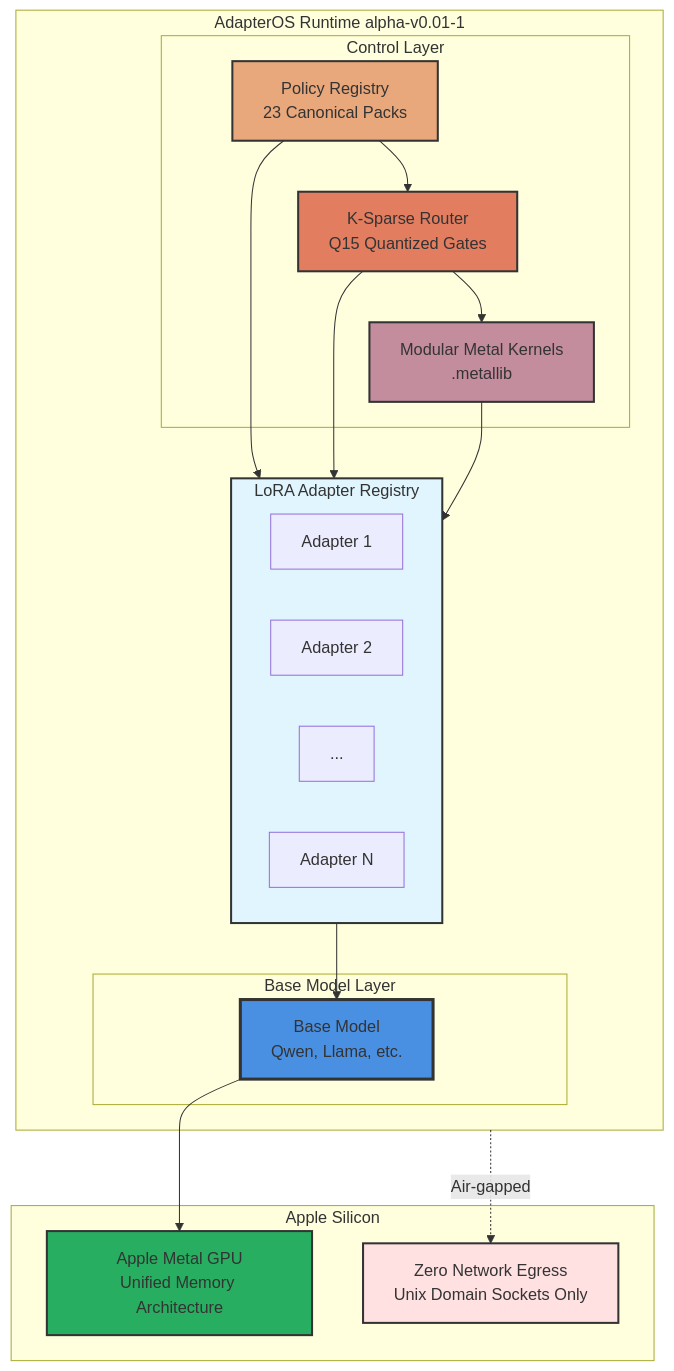
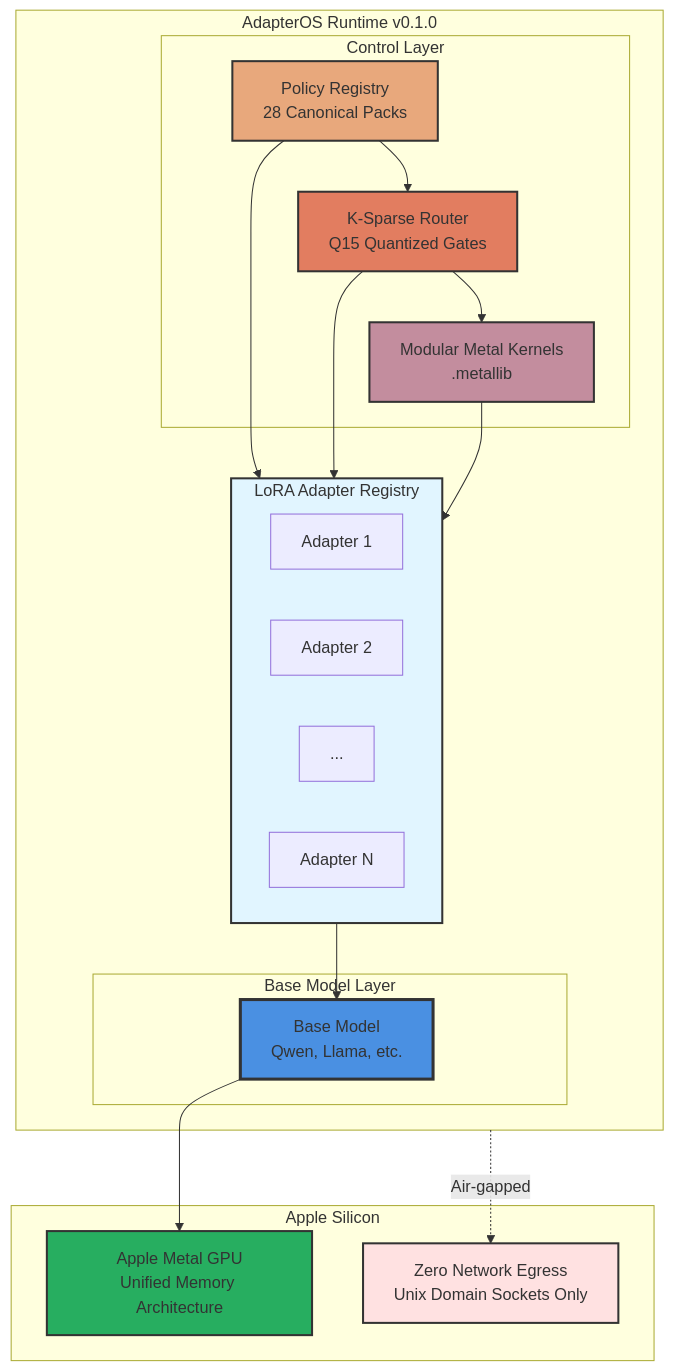
One commit to rogu3bear/adapter-os changed the diagram in README.md. Above: the diagram before and after it, drawn with Mermaid. The commit also changed other lines of this file, not shown here.

````diff
--- a/README.md
+++ b/README.md
@@ -28,46 +28,46 @@
 ```mermaid
 graph TB
-    subgraph Runtime[AdapterOS Runtime alpha-v0.01-1]
+    subgraph Runtime[AdapterOS Runtime v0.1.0]
         subgraph Control[Control Layer]
-            Policy[Policy Registry<br/>23 Canonical Packs]
+            Policy[Policy Registry<br/>28 Canonical Packs]
             Router[K-Sparse Router<br/>Q15 Quantized Gates]
             Kernels[Modular Metal Kernels<br/>.metallib]
         end
 
         subgraph Registry[LoRA Adapter Registry]
             A1[Adapter 1]
             A2[Adapter 2]
             A3[...]
             AN[Adapter N]
         end
 
         subgraph Model[Base Model Layer]
             BaseModel[Base Model<br/>Qwen, Llama, etc.]
         end
 
         Policy --> Router
         Router --> Kernels
 
         Policy --> Registry
         Router --> Registry
         Kernels --> Registry
 
         Registry --> BaseModel
     end
 
     subgraph Hardware[Apple Silicon]
         GPU[Apple Metal GPU<br/>Unified Memory Architecture]
         Network[Zero Network Egress<br/>Unix Domain Sockets Only]
     end
 
     BaseModel --> GPU
     Runtime -.->|Air-gapped| Network
 
     style Policy fill:#e8a87c,stroke:#333,stroke-width:2px
     style Router fill:#e27d60,stroke:#333,stroke-width:2px
     style Kernels fill:#c38d9e,stroke:#333,stroke-width:2px
     style Registry fill:#e1f5ff,stroke:#333,stroke-width:2px
     style BaseModel fill:#4a90e2,stroke:#333,stroke-width:3px
     style GPU fill:#27ae60,stroke:#333,stroke-width:2px
     style Network fill:#ffe1e1,stroke:#333,stroke-width:2px
 ```
````
